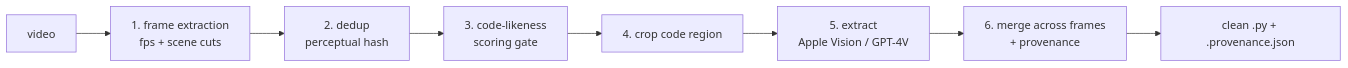
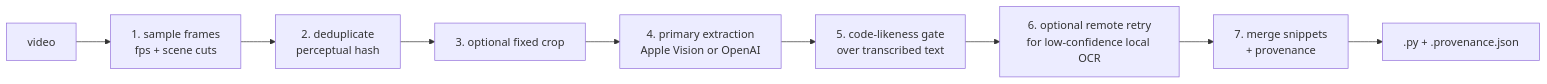
One commit to pavelkrotkov/video-code-extractor changed the diagram in README.md. Above: the diagram before and after it, drawn with Mermaid. The commit also changed other lines of this file, not shown here.

````diff
--- a/README.md
+++ b/README.md
@@ -16,10 +97,11 @@
 ```mermaid
 flowchart LR
-    V[video] --> F[1. frame extraction<br/>fps + scene cuts]
-    F --> D[2. dedup<br/>perceptual hash]
-    D --> S[3. code-likeness<br/>scoring gate]
-    S --> C[4. crop code region]
-    C --> X[5. extract<br/>Apple Vision / GPT-4V]
-    X --> M[6. merge across frames<br/>+ provenance]
-    M --> O[clean .py + .provenance.json]
+    V[video] --> F[1. sample frames<br/>fps + scene cuts]
+    F --> D[2. deduplicate<br/>perceptual hash]
+    D --> C[3. optional fixed crop]
+    C --> X[4. primary extraction<br/>Apple Vision or OpenAI]
+    X --> S[5. code-likeness gate<br/>over transcribed text]
+    S --> E[6. optional remote retry<br/>for low-confidence local OCR]
+    E --> M[7. merge snippets<br/>+ provenance]
+    M --> O[.py + .provenance.json]
 ```
````
